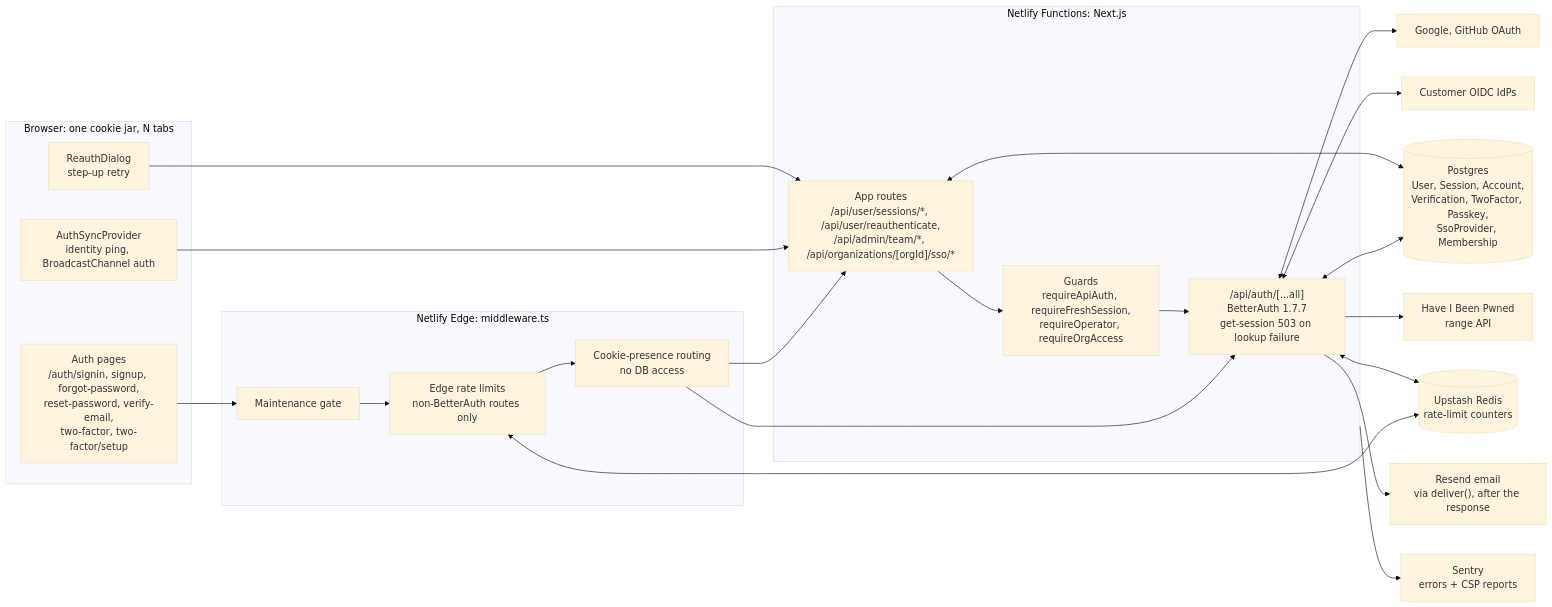
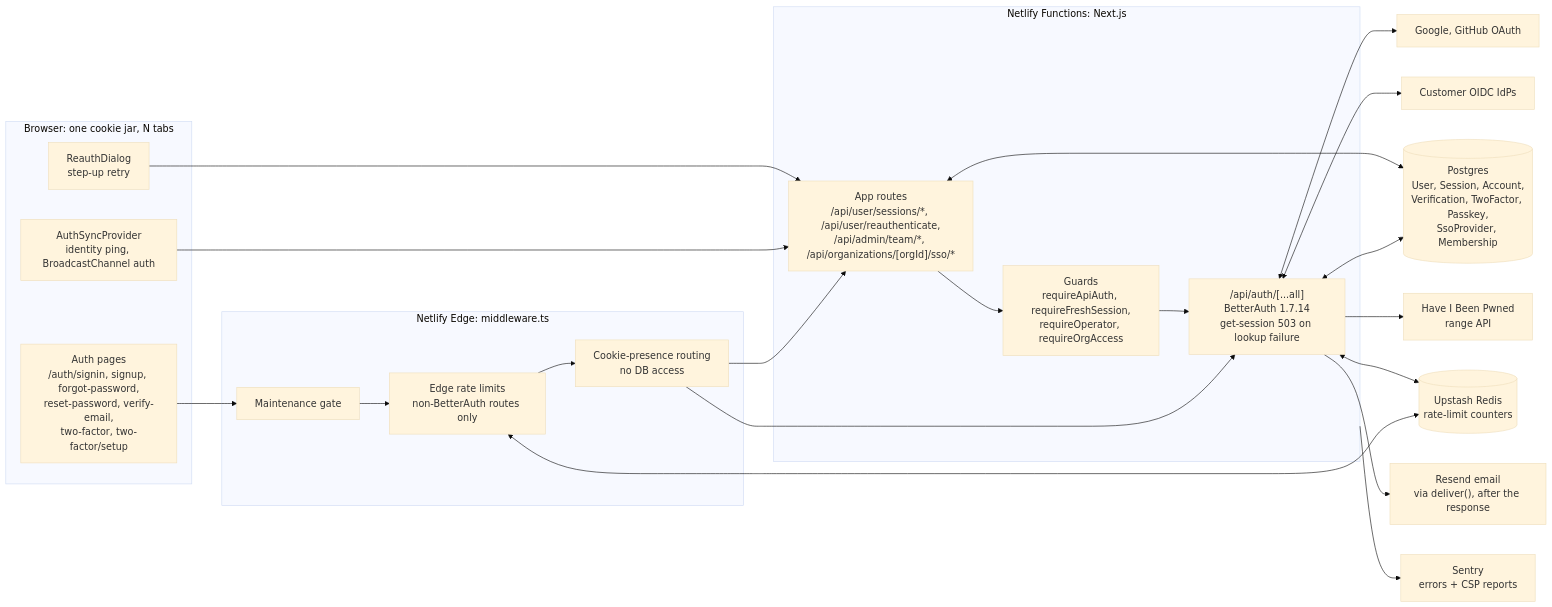
Before and after one commit to Practitionist/familiarise_web: the diagram in docs/authentication/README.md, drawn with Mermaid (base theme). The commit also changed other lines of this file and 18 other files, not shown here.

First line of the commit message:
chore(deps): Better Auth 1.7.14 as one compatible set

````diff
--- a/docs/authentication/README.md
+++ b/docs/authentication/README.md
@@ -42,43 +44,43 @@
 ```mermaid
 flowchart LR
   subgraph Browser["Browser: one cookie jar, N tabs"]
     UI["Auth pages<br/>/auth/signin, signup, forgot-password,<br/>reset-password, verify-email,<br/>two-factor, two-factor/setup"]
     RD["ReauthDialog<br/>step-up retry"]
     SYNC["AuthSyncProvider<br/>identity ping, BroadcastChannel auth"]
   end
 
   subgraph Edge["Netlify Edge: middleware.ts"]
     MM["Maintenance gate"]
     ERL["Edge rate limits<br/>non-BetterAuth routes only"]
     CK["Cookie-presence routing<br/>no DB access"]
   end
 
   subgraph Node["Netlify Functions: Next.js"]
-    BA["/api/auth/[...all]<br/>BetterAuth 1.7.7<br/>get-session 503 on lookup failure"]
+    BA["/api/auth/[...all]<br/>BetterAuth 1.7.14<br/>get-session 503 on lookup failure"]
     APP["App routes<br/>/api/user/sessions/*, /api/user/reauthenticate,<br/>/api/admin/team/*, /api/organizations/[orgId]/sso/*"]
     G["Guards<br/>requireApiAuth, requireFreshSession,<br/>requireOperator, requireOrgAccess"]
   end
 
   PG[("Postgres<br/>User, Session, Account,<br/>Verification, TwoFactor, Passkey,<br/>SsoProvider, Membership")]
   RDS[("Upstash Redis<br/>rate-limit counters")]
   SOC["Google, GitHub OAuth"]
   IDP["Customer OIDC IdPs"]
   HIBP["Have I Been Pwned<br/>range API"]
   MAIL["Resend email<br/>via deliver(), after the response"]
   SEN["Sentry<br/>errors + CSP reports"]
 
   UI --> MM --> ERL --> CK --> BA
   CK --> APP
   SYNC --> APP
   RD --> APP
   ERL <--> RDS
   BA <--> PG
   BA <--> RDS
   BA <--> SOC
   BA <--> IDP
   BA --> HIBP
   BA --> MAIL
   APP --> G --> BA
   APP <--> PG
   Node --> SEN
 ```
````
